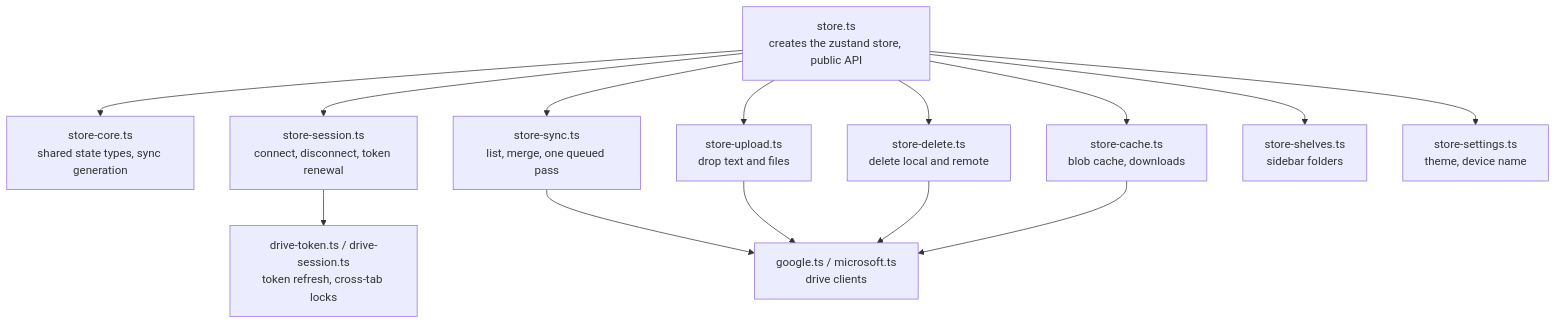
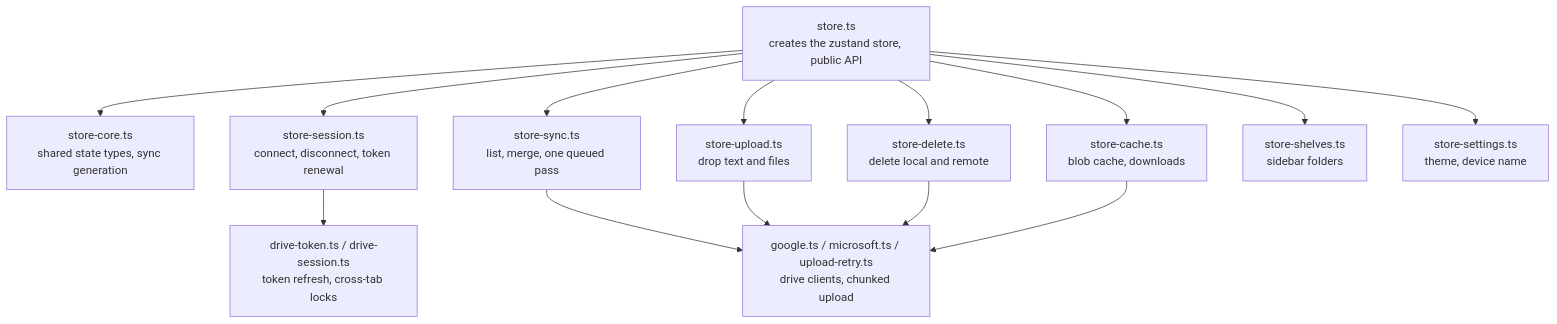
One commit to TopCircle/DropRevive changed the third of 4 diagrams in docs/architecture.md. Above: the diagram before and after it, drawn with Mermaid. The commit also changed other lines of this file and 5 other files, not shown here.

````diff
--- a/docs/architecture.md
+++ b/docs/architecture.md
@@ -166,27 +166,27 @@
 ```mermaid
 flowchart TB
   Store["store.ts<br/>creates the zustand store, public API"]
   Core["store-core.ts<br/>shared state types, sync generation"]
   Session["store-session.ts<br/>connect, disconnect, token renewal"]
   Sync["store-sync.ts<br/>list, merge, one queued pass"]
   Upload["store-upload.ts<br/>drop text and files"]
   Delete["store-delete.ts<br/>delete local and remote"]
   Cache["store-cache.ts<br/>blob cache, downloads"]
   Shelves["store-shelves.ts<br/>sidebar folders"]
   Settings["store-settings.ts<br/>theme, device name"]
-  Clients["google.ts / microsoft.ts<br/>drive clients"]
+  Clients["google.ts / microsoft.ts / upload-retry.ts<br/>drive clients, chunked upload"]
   Tok["drive-token.ts / drive-session.ts<br/>token refresh, cross-tab locks"]
   Store --> Core
   Store --> Session
   Store --> Sync
   Store --> Upload
   Store --> Delete
   Store --> Cache
   Store --> Shelves
   Store --> Settings
   Session --> Tok
   Sync --> Clients
   Upload --> Clients
   Delete --> Clients
   Cache --> Clients
 ```
````
